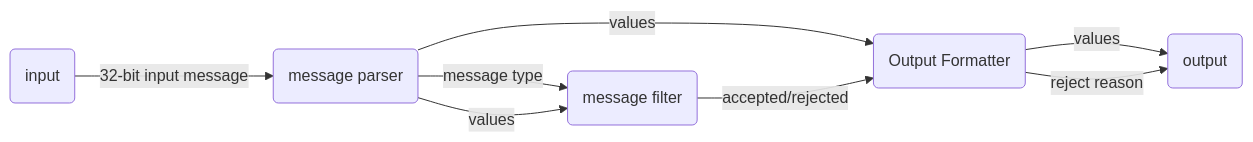
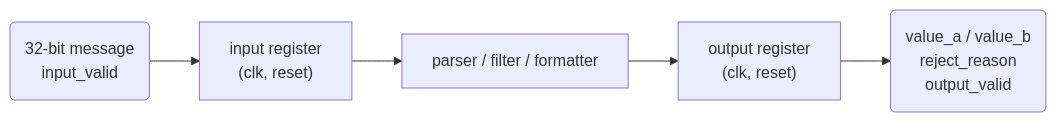
Before and after one commit to harL06/fpga-stream-processor: the diagram in README.md, drawn with Mermaid. The commit also changed other lines of this file and 2 other files, not shown here.

Commit message:
Update readmes flowcharts for sync pipeline design

````diff
--- a/README.md
+++ b/README.md
@@ -9,11 +9,7 @@
 ```mermaid
 flowchart LR
-    A(input) --> |32-bit input message| B(message parser)
-    B --> |message type| C(message filter)
-    B --> |values| C
-
-    B --> |values| D(Output Formatter)
-    C --> |accepted/rejected| D
-    D --> |values| E(output)
-    D --> |reject reason| E
+    A("32-bit message<br/>input_valid") --> B["input register<br/>(clk, reset)"]
+    B --> C["parser / filter / formatter"]
+    C --> D["output register<br/>(clk, reset)"]
+    D --> E("value_a / value_b<br/>reject_reason<br/>output_valid")
 ```
````
